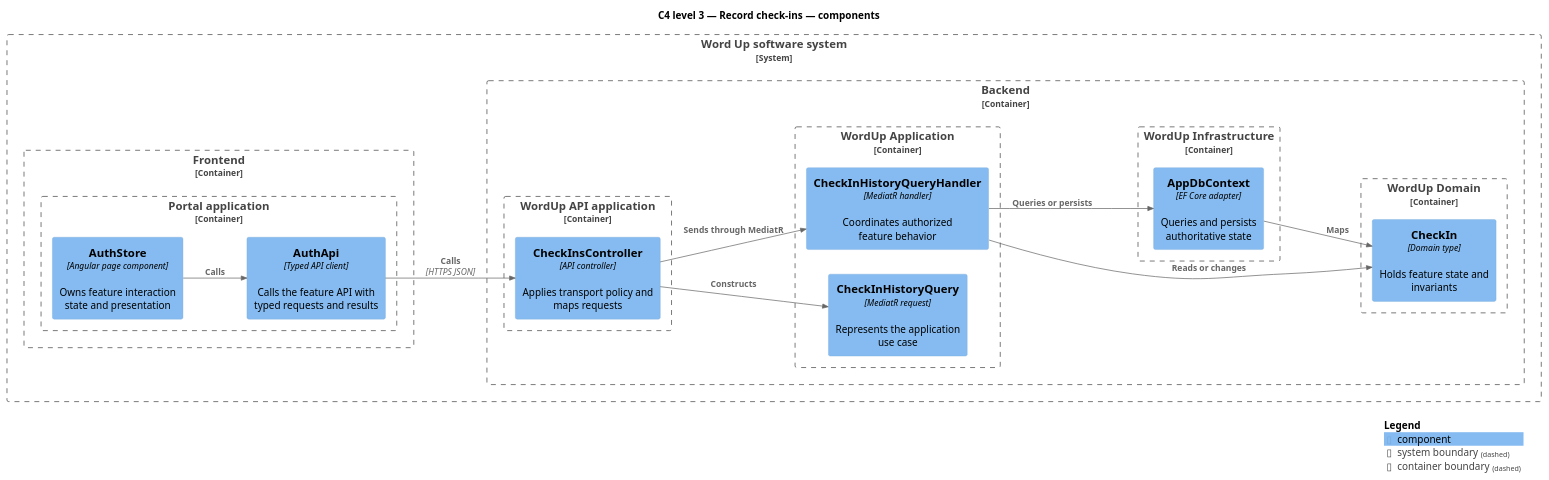
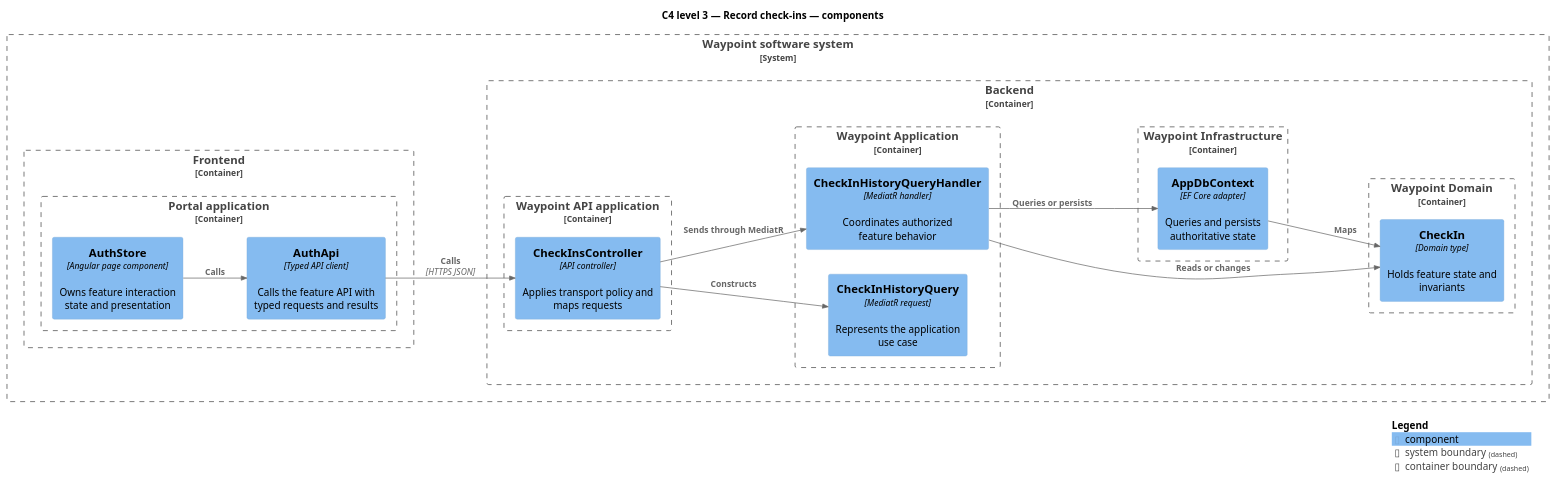
Before and after one commit to QuinntyneBrown/waypoint: the diagram in docs/detailed-designs/mentoring/record-check-ins/diagrams/c4-component.puml, drawn with PlantUML. The commit also changed 3610 other files, not shown here.

First line of the commit message:
Rename Word Up to Waypoint across the whole repository

```diff
--- a/docs/detailed-designs/mentoring/record-check-ins/diagrams/c4-component.puml
+++ b/docs/detailed-designs/mentoring/record-check-ins/diagrams/c4-component.puml
@@ -1,36 +1,36 @@
 @startuml
 !include <C4/C4_Component>
 LAYOUT_LEFT_RIGHT()
 title C4 level 3 — Record check-ins — components
-System_Boundary(wordup, "Word Up software system") {
+System_Boundary(waypoint, "Waypoint software system") {
   Container_Boundary(frontend, "Frontend") {
     Container_Boundary(frontend_app, "Portal application") {
       Component(page, "AuthStore", "Angular page component", "Owns feature interaction state and presentation")
       Component(client, "AuthApi", "Typed API client", "Calls the feature API with typed requests and results")
     }
   }
   Container_Boundary(backend, "Backend") {
-    Container_Boundary(api_app, "WordUp API application") {
+    Container_Boundary(api_app, "Waypoint API application") {
       Component(controller, "CheckInsController", "API controller", "Applies transport policy and maps requests")
     }
-    Container_Boundary(application, "WordUp Application") {
+    Container_Boundary(application, "Waypoint Application") {
       Component(request, "CheckInHistoryQuery", "MediatR request", "Represents the application use case")
       Component(handler, "CheckInHistoryQueryHandler", "MediatR handler", "Coordinates authorized feature behavior")
     }
-    Container_Boundary(domain, "WordUp Domain") {
+    Container_Boundary(domain, "Waypoint Domain") {
       Component(entity, "CheckIn", "Domain type", "Holds feature state and invariants")
     }
-    Container_Boundary(infrastructure, "WordUp Infrastructure") {
+    Container_Boundary(infrastructure, "Waypoint Infrastructure") {
       Component(persistence, "AppDbContext", "EF Core adapter", "Queries and persists authoritative state")
     }
   }
 }
 Rel(page, client, "Calls")
 Rel(client, controller, "Calls", "HTTPS JSON")
 Rel(controller, request, "Constructs")
 Rel(controller, handler, "Sends through MediatR")
 Rel(handler, entity, "Reads or changes")
 Rel(handler, persistence, "Queries or persists")
 Rel(persistence, entity, "Maps")
 SHOW_LEGEND()
 @enduml
```
